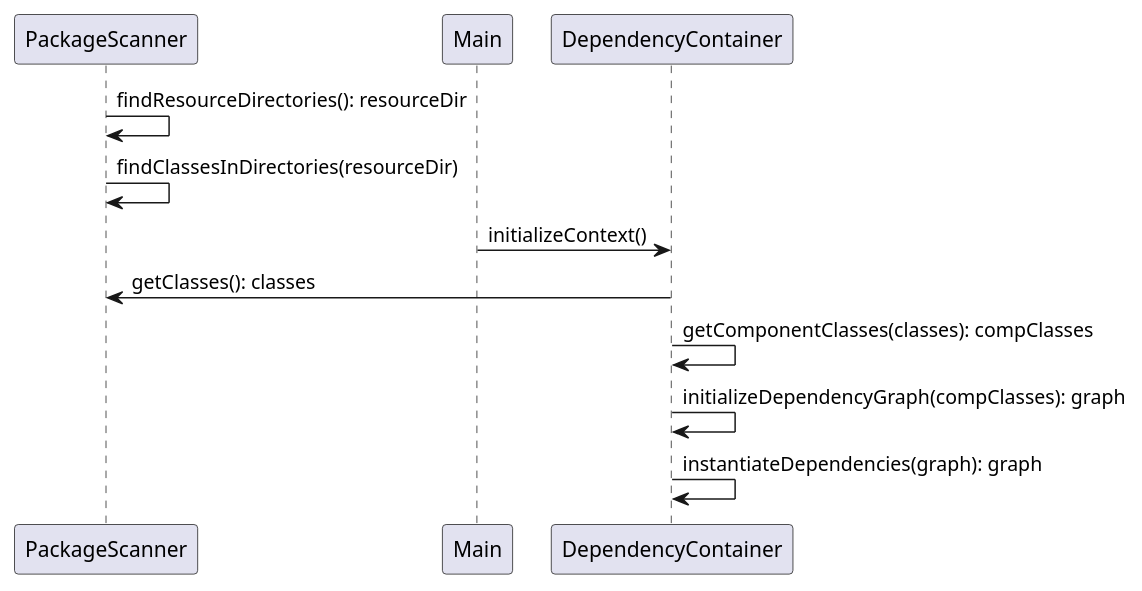
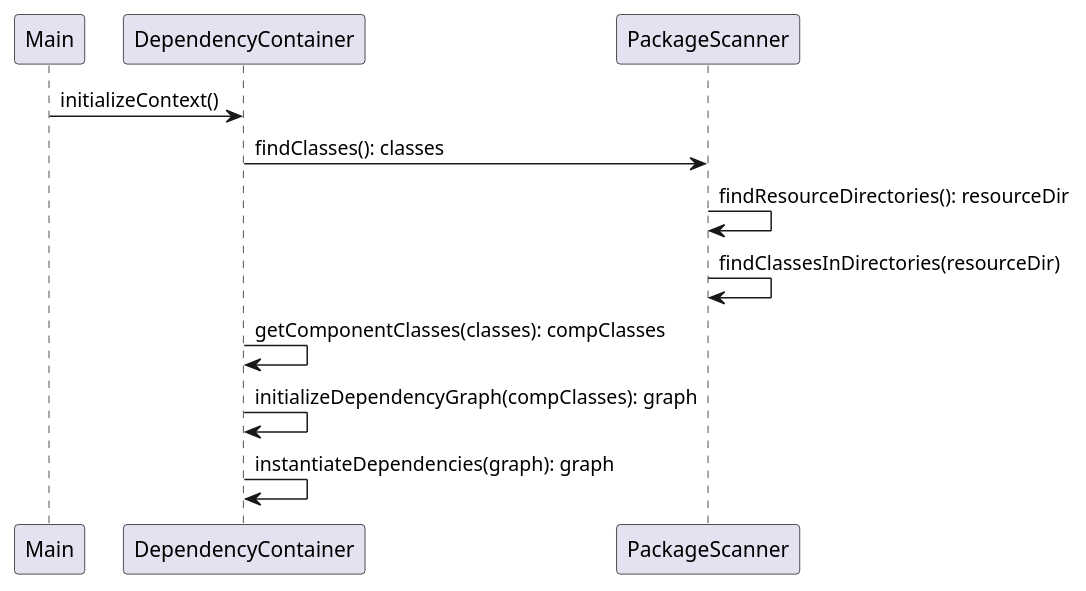
One commit to adams1mon/predator_prey_simulation_java changed the diagram in diagrams/di_sequence.puml. Above: the diagram before and after it, drawn with PlantUML. The commit also changed 2 other files, not shown here.

Commit message:
changed PackageScanner to not find classes eagerly at startup

```diff
--- a/diagrams/di_sequence.puml
+++ b/diagrams/di_sequence.puml
@@ -1,13 +1,13 @@
 @startuml
+
+Main -> DependencyContainer: initializeContext()
+DependencyContainer -> PackageScanner: findClasses(): classes
 
 PackageScanner -> PackageScanner: findResourceDirectories(): resourceDir
 PackageScanner -> PackageScanner: findClassesInDirectories(resourceDir)
 
-Main -> DependencyContainer: initializeContext()
-
-DependencyContainer -> PackageScanner: getClasses(): classes
 DependencyContainer -> DependencyContainer: getComponentClasses(classes): compClasses
 DependencyContainer -> DependencyContainer: initializeDependencyGraph(compClasses): graph
 DependencyContainer -> DependencyContainer: instantiateDependencies(graph): graph
 
 @enduml
```
